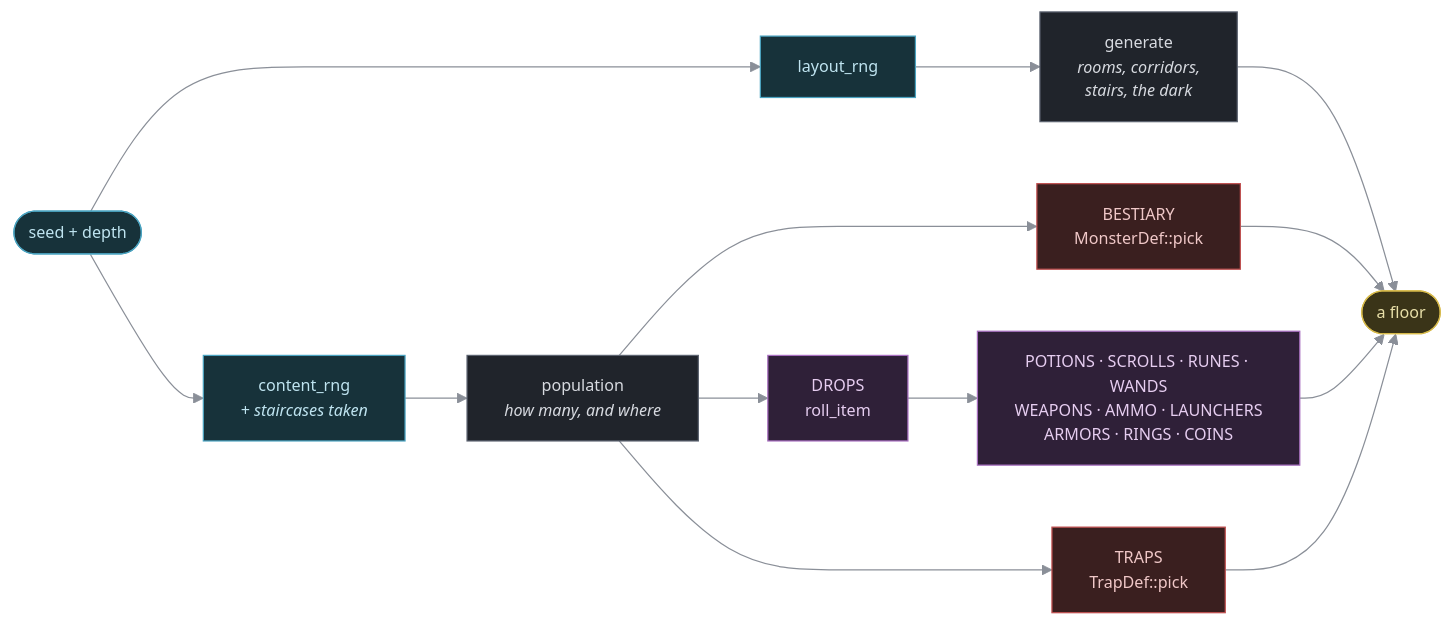
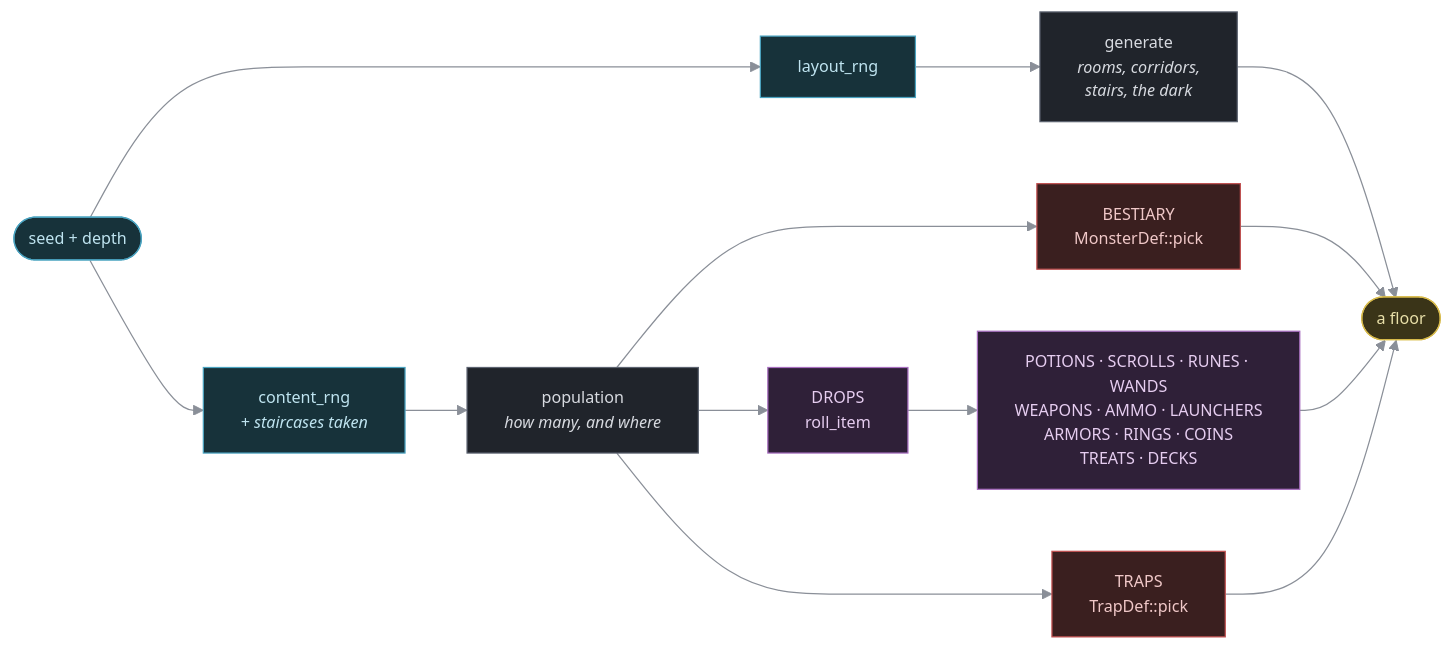
One commit to bae-alves/nihilurk changed the diagram in docs/reference/content-tables.md. Above: the diagram before and after it, drawn with Mermaid. The commit also changed other lines of this file, not shown here.

````diff
--- a/docs/reference/content-tables.md
+++ b/docs/reference/content-tables.md
@@ -13,24 +13,24 @@
 ```mermaid
 %%{init: {'theme':'base','themeVariables':{
   'primaryColor':'#20242b','primaryTextColor':'#d7dae0',
   'primaryBorderColor':'#5c6370','lineColor':'#8a8f98',
   'fontFamily':'ui-monospace, SFMono-Regular, Menlo, monospace',
   'fontSize':'13px'}}}%%
 flowchart LR
   SEED(["seed + depth"]):::cold --> LAY["layout_rng"]:::cold
   LAY --> GEN["generate<br/><i>rooms, corridors,<br/>stairs, the dark</i>"]
   SEED --> CON["content_rng<br/><i>+ staircases taken</i>"]:::cold
   CON --> POP["population<br/><i>how many, and where</i>"]
   POP --> BEST["BESTIARY<br/>MonsterDef::pick"]:::peril
   POP --> DROPS["DROPS<br/>roll_item"]:::magic
   POP --> TRAPS["TRAPS<br/>TrapDef::pick"]:::peril
-  DROPS --> CAT["POTIONS · SCROLLS · RUNES · WANDS<br/>WEAPONS · AMMO · LAUNCHERS<br/>ARMORS · RINGS · COINS"]:::magic
+  DROPS --> CAT["POTIONS · SCROLLS · RUNES · WANDS<br/>WEAPONS · AMMO · LAUNCHERS<br/>ARMORS · RINGS · COINS<br/>TREATS · DECKS"]:::magic
   GEN --> FLOOR(["a floor"]):::hero
   BEST --> FLOOR
   CAT --> FLOOR
   TRAPS --> FLOOR
   classDef hero fill:#3a3418,stroke:#d7ba4a,color:#e8dfa8
   classDef peril fill:#3a1f1f,stroke:#c05050,color:#f0c8c8
   classDef magic fill:#2f2038,stroke:#a86fc0,color:#e6cdf0
   classDef cold  fill:#17323a,stroke:#4aa3c0,color:#bfe4f0
 ```
````
